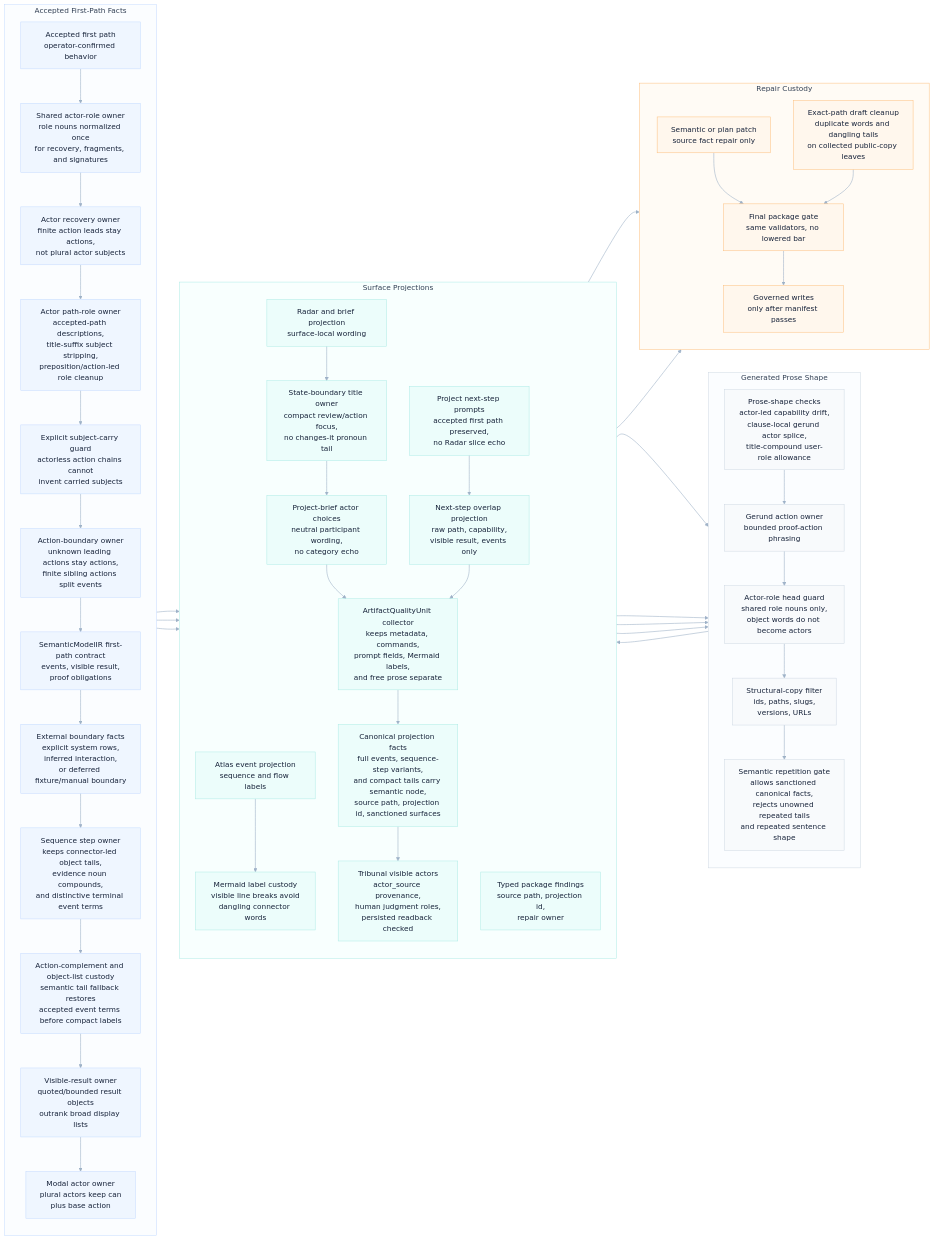
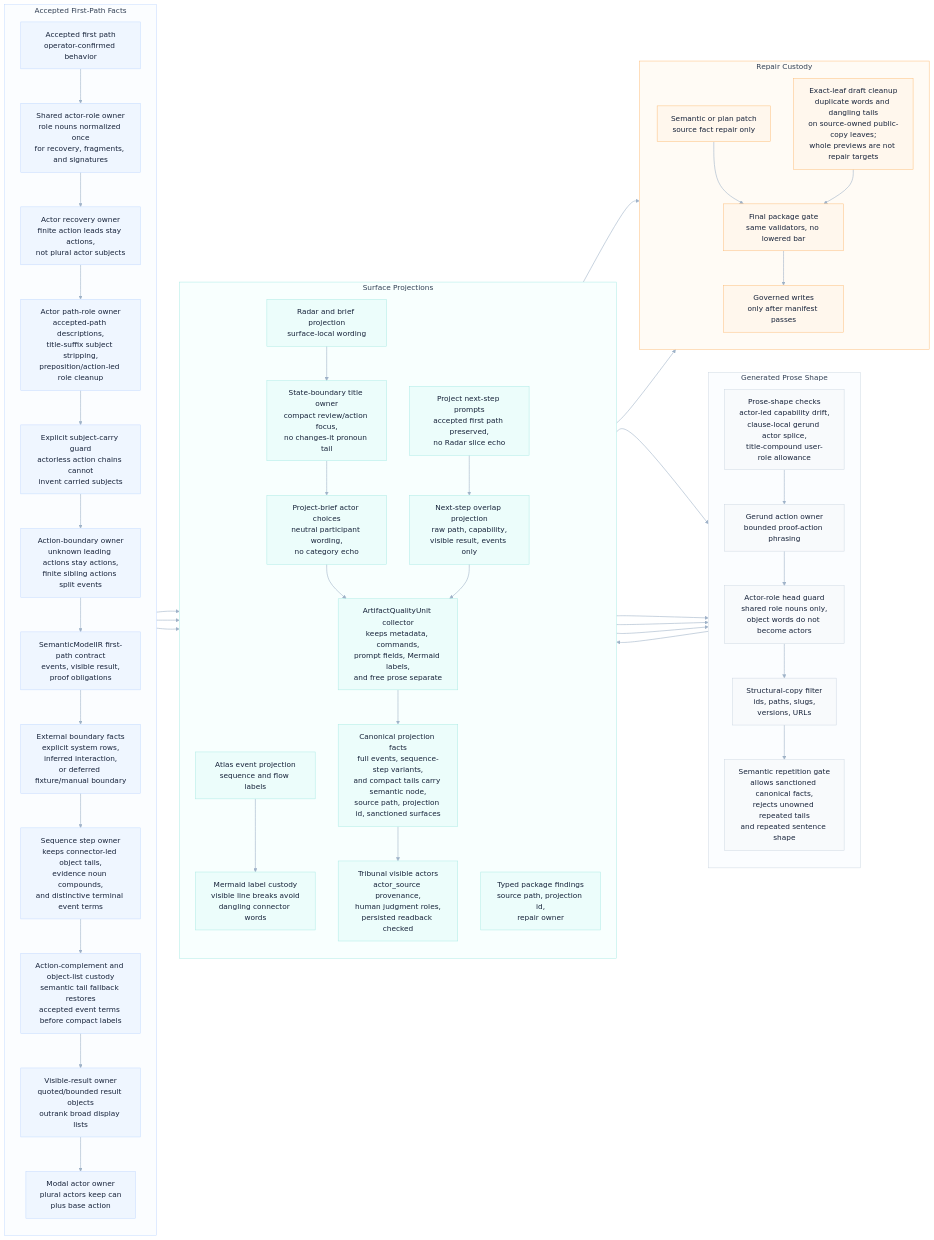
The diagram in odylith/atlas/source/greenfield-first-path-semantic-copy-custody.mmd (odylith/odylith), drawn with Mermaid before and after one commit. The commit also changed 55 other files, not shown here.

Commit message:
Constrain greenfield draft repair to exact leaves

```diff
--- a/odylith/atlas/source/greenfield-first-path-semantic-copy-custody.mmd
+++ b/odylith/atlas/source/greenfield-first-path-semantic-copy-custody.mmd
@@ -1,100 +1,100 @@
 flowchart LR
     subgraph intent_lane["Accepted First-Path Facts"]
       direction TB
       accepted_path["Accepted first path<br/>operator-confirmed behavior"]
       actor_roles["Shared actor-role owner<br/>role nouns normalized once<br/>for recovery, fragments, and signatures"]
       actor_recovery["Actor recovery owner<br/>finite action leads stay actions,<br/>not plural actor subjects"]
       actor_path_role["Actor path-role owner<br/>accepted-path descriptions,<br/>title-suffix subject stripping,<br/>preposition/action-led role cleanup"]
       subject_carry_guard["Explicit subject-carry guard<br/>actorless action chains cannot<br/>invent carried subjects"]
       action_boundary["Action-boundary owner<br/>unknown leading actions stay actions,<br/>finite sibling actions split events"]
       semantic_contract["SemanticModelIR first-path contract<br/>events, visible result,<br/>proof obligations"]
       external_boundary["External boundary facts<br/>explicit system rows,<br/>inferred interaction,<br/>or deferred fixture/manual boundary"]
       sequence_owner["Sequence step owner<br/>keeps connector-led object tails,<br/>evidence noun compounds,<br/>and distinctive terminal event terms"]
       tail_custody["Action-complement and object-list custody<br/>semantic tail fallback restores<br/>accepted event terms before compact labels"]
       visible_result_owner["Visible-result owner<br/>quoted/bounded result objects<br/>outrank broad display lists"]
       modal_owner["Modal actor owner<br/>plural actors keep can<br/>plus base action"]
     end
 
     subgraph prose_lane["Generated Prose Shape"]
       direction TB
       shape_checks["Prose-shape checks<br/>actor-led capability drift,<br/>clause-local gerund actor splice,<br/>title-compound user-role allowance"]
       gerund_owner["Gerund action owner<br/>bounded proof-action phrasing"]
       actor_role_head_guard["Actor-role head guard<br/>shared role nouns only,<br/>object words do not become actors"]
       structural_filter["Structural-copy filter<br/>ids, paths, slugs,<br/>versions, URLs"]
       repetition_gate["Semantic repetition gate<br/>allows sanctioned canonical facts,<br/>rejects unowned repeated tails<br/>and repeated sentence shape"]
     end
 
     subgraph projection_lane["Surface Projections"]
       direction TB
       radar_projection["Radar and brief projection<br/>surface-local wording"]
       state_boundary_titles["State-boundary title owner<br/>compact review/action focus,<br/>no changes-it pronoun tail"]
       actor_choice_copy["Project-brief actor choices<br/>neutral participant wording,<br/>no category echo"]
       atlas_projection["Atlas event projection<br/>sequence and flow labels"]
       mermaid_label_custody["Mermaid label custody<br/>visible line breaks avoid<br/>dangling connector words"]
       next_step_prompts["Project next-step prompts<br/>accepted first path preserved,<br/>no Radar slice echo"]
       overlap_projection["Next-step overlap projection<br/>raw path, capability,<br/>visible result, events only"]
       artifact_units["ArtifactQualityUnit collector<br/>keeps metadata, commands,<br/>prompt fields, Mermaid labels,<br/>and free prose separate"]
       canonical_facts["Canonical projection facts<br/>full events, sequence-step variants,<br/>and compact tails carry semantic node,<br/>source path, projection id, sanctioned surfaces"]
       tribunal_actors["Tribunal visible actors<br/>actor_source provenance,<br/>human judgment roles,<br/>persisted readback checked"]
       package_findings["Typed package findings<br/>source path, projection id,<br/>repair owner"]
     end
 
     subgraph repair_lane["Repair Custody"]
       direction TB
       semantic_plan_patch["Semantic or plan patch<br/>source fact repair only"]
-      exact_draft_cleanup["Exact-path draft cleanup<br/>duplicate words and dangling tails<br/>on collected public-copy leaves"]
+      exact_draft_cleanup["Exact-leaf draft cleanup<br/>duplicate words and dangling tails<br/>on source-owned public-copy leaves;<br/>whole previews are not repair targets"]
       final_gate["Final package gate<br/>same validators, no lowered bar"]
       governed_write["Governed writes<br/>only after manifest passes"]
     end
 
     accepted_path --> actor_roles
     actor_roles --> actor_recovery
     actor_recovery --> actor_path_role
     actor_path_role --> subject_carry_guard
     subject_carry_guard --> action_boundary
     action_boundary --> semantic_contract
     semantic_contract --> external_boundary
     external_boundary --> sequence_owner
     sequence_owner --> tail_custody
     tail_custody --> visible_result_owner
     visible_result_owner --> modal_owner
     modal_owner --> radar_projection
     modal_owner --> atlas_projection
     modal_owner --> next_step_prompts
     radar_projection --> state_boundary_titles
     state_boundary_titles --> actor_choice_copy
     radar_projection --> shape_checks
     atlas_projection --> mermaid_label_custody
     mermaid_label_custody --> shape_checks
     actor_choice_copy --> artifact_units
     next_step_prompts --> overlap_projection
     overlap_projection --> artifact_units
     artifact_units --> canonical_facts
     canonical_facts --> tribunal_actors
     tribunal_actors --> shape_checks
     shape_checks --> gerund_owner
     gerund_owner --> actor_role_head_guard
     actor_role_head_guard --> structural_filter
     structural_filter --> repetition_gate
     canonical_facts --> repetition_gate
     repetition_gate --> package_findings
     package_findings --> semantic_plan_patch
     package_findings --> exact_draft_cleanup
     semantic_plan_patch --> final_gate
     exact_draft_cleanup --> final_gate
     final_gate --> governed_write
 
     classDef intent fill:#EFF6FF,stroke:#BFD7FE,color:#17233A,stroke-width:1px;
     classDef prose fill:#F8FAFC,stroke:#CBD5E1,color:#17233A,stroke-width:1px;
     classDef projection fill:#ECFDFB,stroke:#A7E9E3,color:#17233A,stroke-width:1px;
     classDef repair fill:#FFF7ED,stroke:#FDBA74,color:#17233A,stroke-width:1px;
     class accepted_path,actor_roles,actor_recovery,actor_path_role,subject_carry_guard,action_boundary,semantic_contract,external_boundary,sequence_owner,tail_custody,visible_result_owner,modal_owner intent;
     class shape_checks,gerund_owner,actor_role_head_guard,structural_filter,repetition_gate prose;
     class radar_projection,state_boundary_titles,actor_choice_copy,atlas_projection,mermaid_label_custody,next_step_prompts,overlap_projection,artifact_units,canonical_facts,tribunal_actors,package_findings projection;
     class semantic_plan_patch,exact_draft_cleanup,final_gate,governed_write repair;
 
     style intent_lane fill:#FBFDFF,stroke:#BFD7FE,stroke-width:1px,color:#334155
     style prose_lane fill:#FBFDFF,stroke:#CBD5E1,stroke-width:1px,color:#334155
     style projection_lane fill:#F8FFFE,stroke:#A7E9E3,stroke-width:1px,color:#334155
     style repair_lane fill:#FFFBF5,stroke:#FDBA74,stroke-width:1px,color:#334155
     linkStyle default stroke:#9FB2C8,stroke-width:1.25px
```
